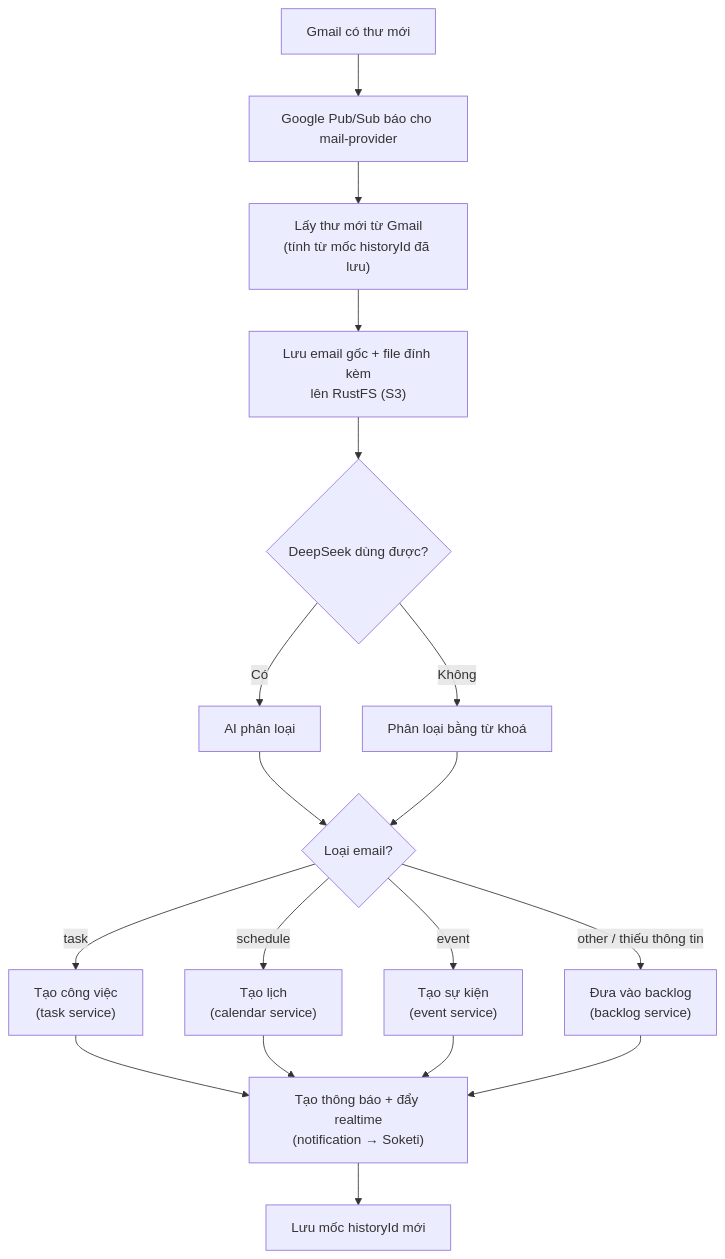
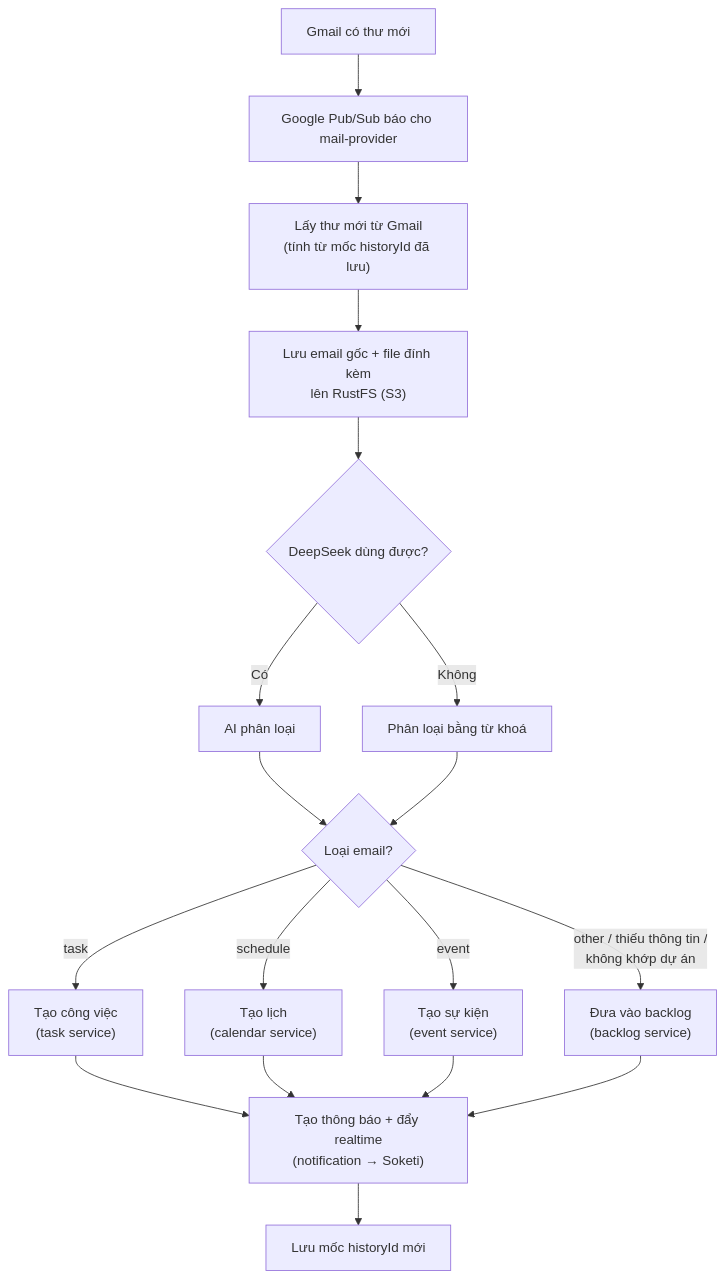
One commit to Men328/task-manager changed the diagram in docs/system/06-mail-flow.md. Above: the diagram before and after it, drawn with Mermaid. The commit also changed other lines of this file and 39 other files, not shown here.

````diff
--- a/docs/system/06-mail-flow.md
+++ b/docs/system/06-mail-flow.md
@@ -8,20 +8,20 @@
 ```mermaid
 flowchart TD
     A["Gmail có thư mới"] --> B["Google Pub/Sub báo cho mail-provider"]
     B --> C["Lấy thư mới từ Gmail<br/>(tính từ mốc historyId đã lưu)"]
     C --> D["Lưu email gốc + file đính kèm<br/>lên RustFS (S3)"]
     D --> E{"DeepSeek dùng được?"}
     E -- Có --> F["AI phân loại"]
     E -- Không --> G["Phân loại bằng từ khoá"]
     F --> H{"Loại email?"}
     G --> H
     H -- task --> T["Tạo công việc<br/>(task service)"]
     H -- schedule --> S["Tạo lịch<br/>(calendar service)"]
     H -- event --> V["Tạo sự kiện<br/>(event service)"]
-    H -- "other / thiếu thông tin" --> BL["Đưa vào backlog<br/>(backlog service)"]
+    H -- "other / thiếu thông tin /<br/>không khớp dự án" --> BL["Đưa vào backlog<br/>(backlog service)"]
     T --> N["Tạo thông báo + đẩy realtime<br/>(notification → Soketi)"]
     S --> N
     V --> N
     BL --> N
     N --> K["Lưu mốc historyId mới"]
 ```
````
